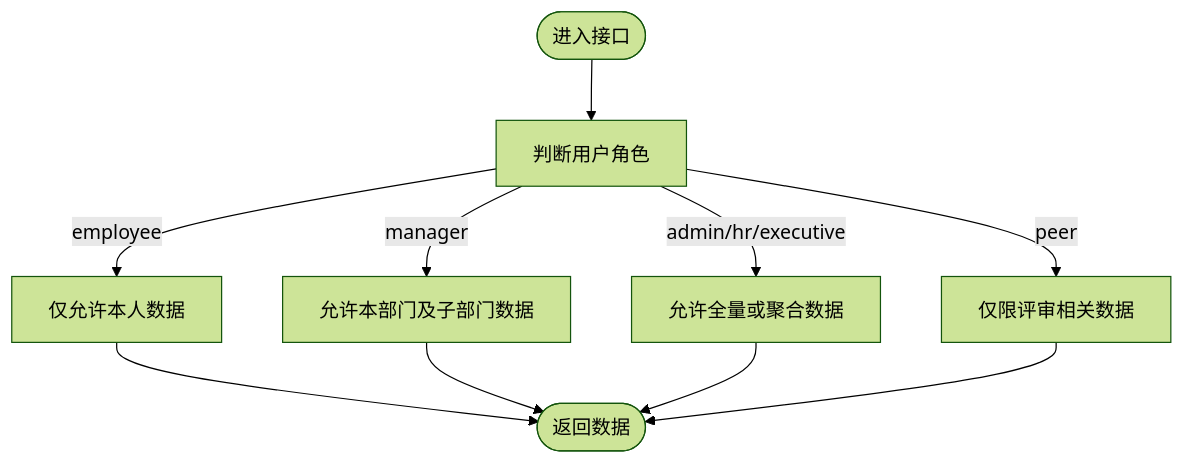
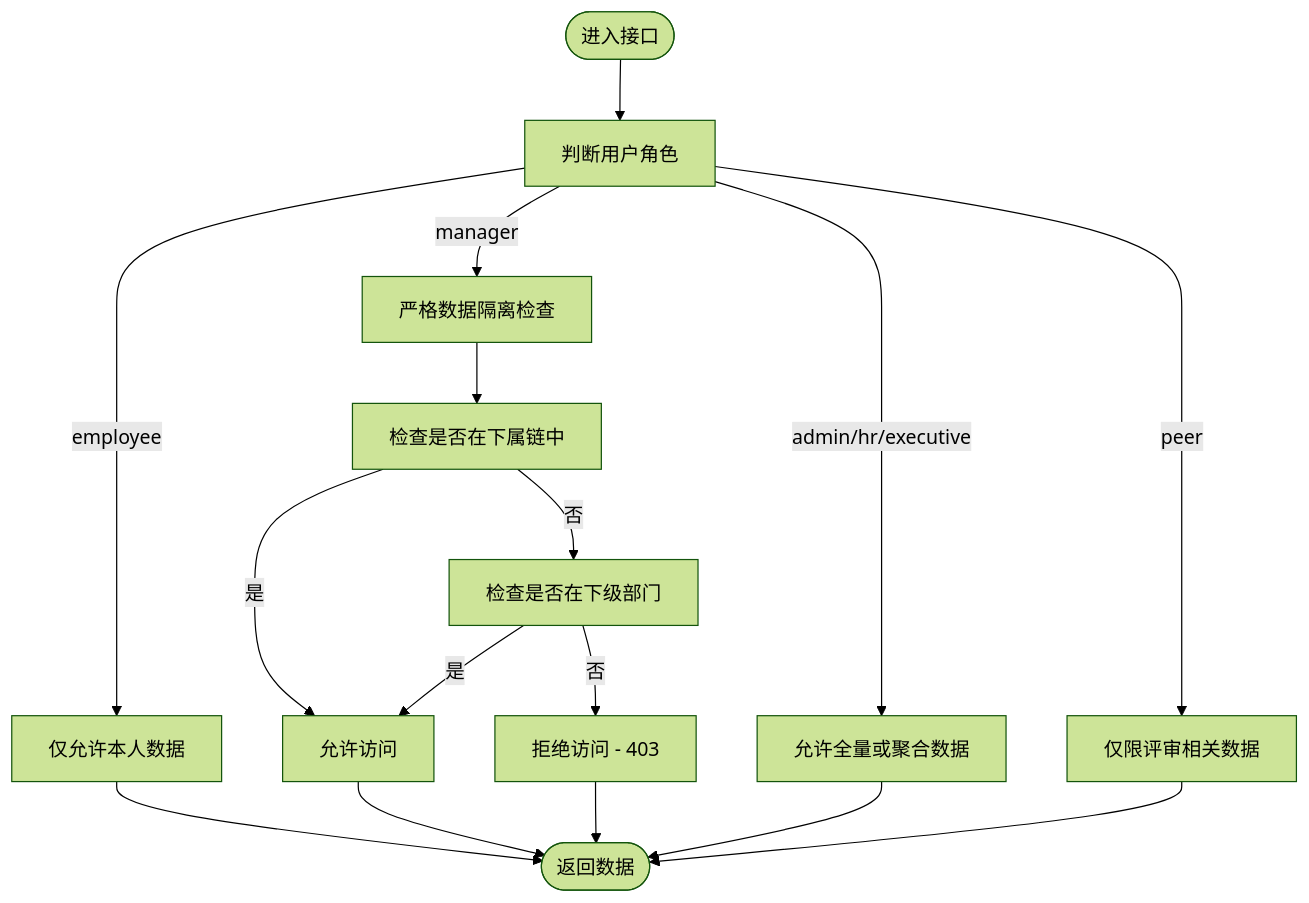
The fourth of 10 diagrams in .qoder/repowiki/zh/content/系统架构/安全架构设计/数据隔离机制.md (xgd561/performance_evaluation_system), drawn with Mermaid (forest theme) before and after one commit. The commit also changed other lines of this file and 136 other files, not shown here.

````diff
--- a/.qoder/repowiki/zh/content/系统架构/安全架构设计/数据隔离机制.md
+++ b/.qoder/repowiki/zh/content/系统架构/安全架构设计/数据隔离机制.md
@@ -176,12 +194,18 @@
 ```mermaid
 flowchart TD
 Start(["进入接口"]) --> CheckRole["判断用户角色"]
 CheckRole --> |employee| SelfOnly["仅允许本人数据"]
-CheckRole --> |manager| DeptSubDept["允许本部门及子部门数据"]
+CheckRole --> |manager| StrictCheck["严格数据隔离检查"]
 CheckRole --> |admin/hr/executive| FullAccess["允许全量或聚合数据"]
 CheckRole --> |peer| PeerLimited["仅限评审相关数据"]
 SelfOnly --> End(["返回数据"])
-DeptSubDept --> End
+StrictCheck --> SubordinateChain["检查是否在下属链中"]
+SubordinateChain --> |是| AllowAccess["允许访问"]
+SubordinateChain --> |否| DescendantDept["检查是否在下级部门"]
+DescendantDept --> |是| AllowAccess
+DescendantDept --> |否| DenyAccess["拒绝访问 - 403"]
+AllowAccess --> End
+DenyAccess --> End
 FullAccess --> End
 PeerLimited --> End
 ```
````
